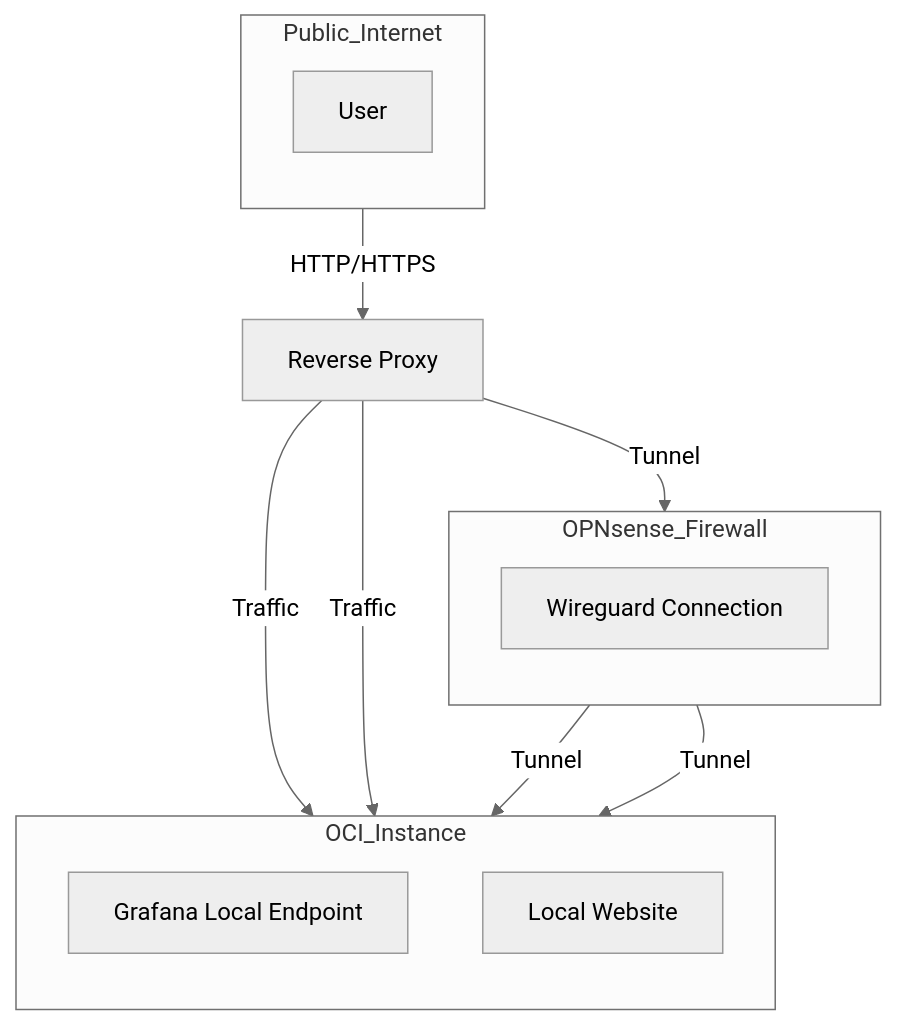
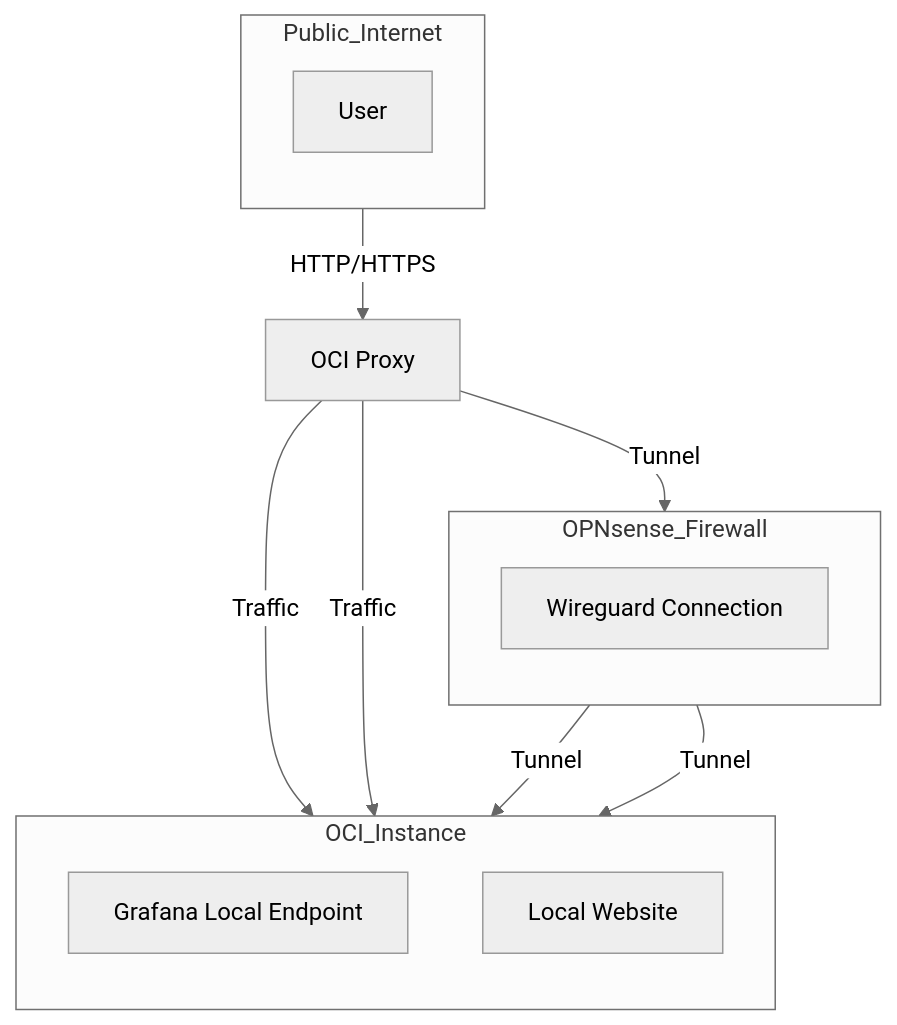
Before and after one commit to MarlonJMejia/MarlonJMejia.github.io: the diagram in resume.md, drawn with Mermaid (neutral theme).

````diff
--- a/resume.md
+++ b/resume.md
@@ -72,25 +72,25 @@
 ```mermaid
 graph TD
     subgraph OCI_Instance
         direction TB
         Grafana_Local_Endpoint[Grafana Local Endpoint]
         Local_Website[Local Website]
     end
 
     subgraph OPNsense_Firewall
         direction TB
         Wireguard_Connection[Wireguard Connection]
     end
 
     subgraph Public_Internet
         direction TB
         User[User]
     end
 
-    User -->|HTTP/HTTPS| Reverse_Proxy[Reverse Proxy]
+    User -->|HTTP/HTTPS| Reverse_Proxy[OCI Proxy]
     Reverse_Proxy -->|Traffic| Grafana_Local_Endpoint
     Reverse_Proxy -->|Traffic| Local_Website
     Reverse_Proxy -->|Tunnel| Wireguard_Connection
     Wireguard_Connection -->|Tunnel| Grafana_Local_Endpoint
     Wireguard_Connection -->|Tunnel| Local_Website
 ```
````
